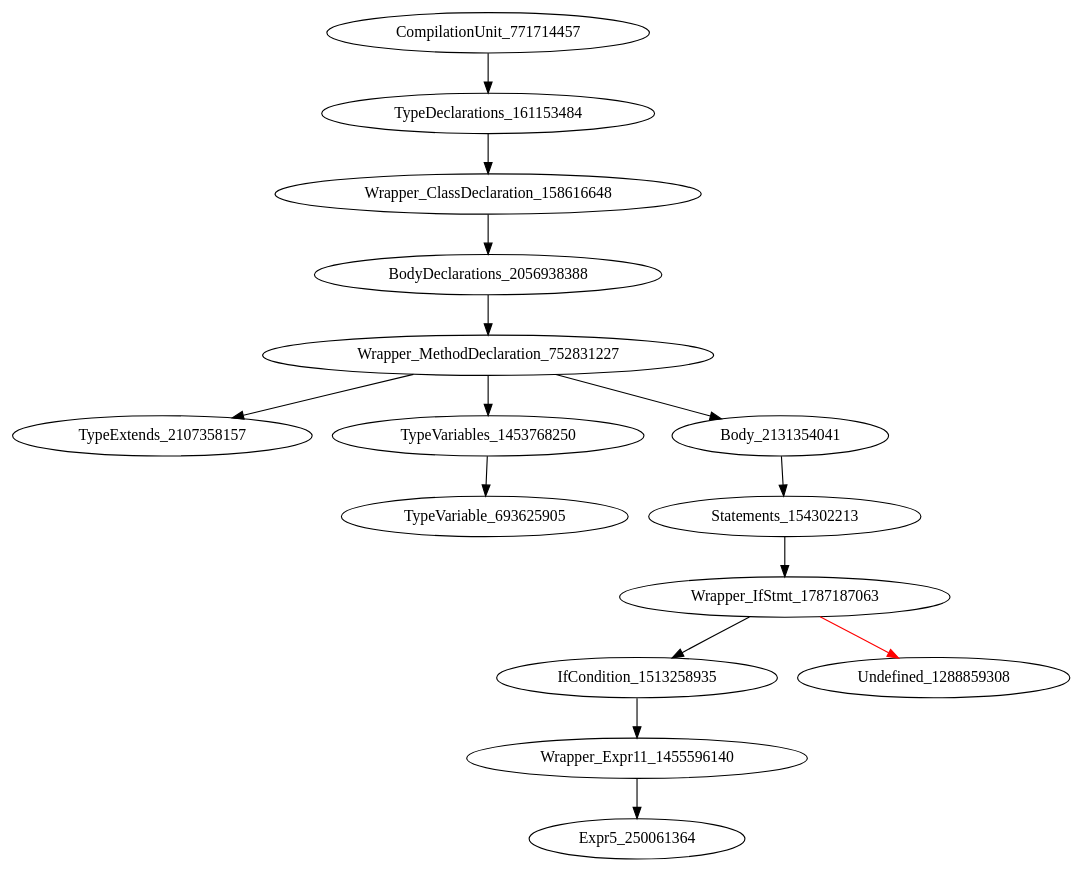
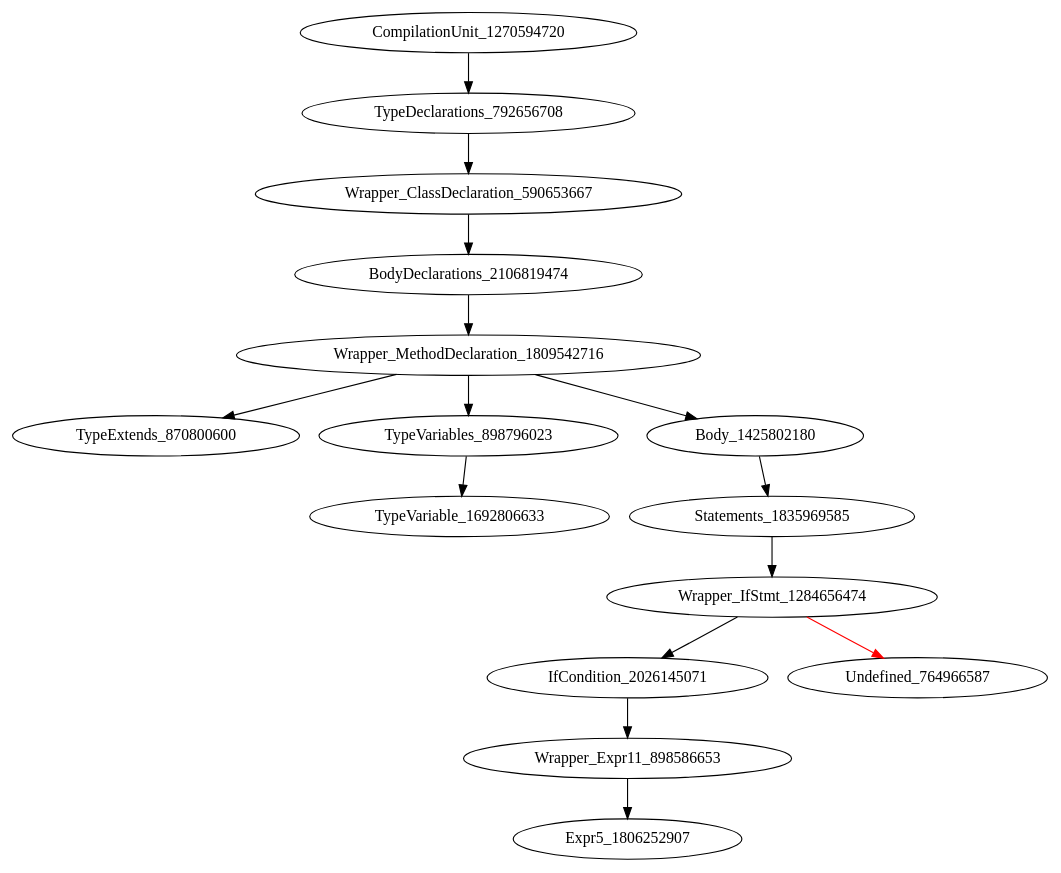
One commit to icse2023material/VoiceJava changed the diagram in holeAST.dot. Above: the diagram before and after it, drawn with Graphviz. The commit also changed 110 other files, not shown here.

```diff
--- a/holeAST.dot
+++ b/holeAST.dot
@@ -1,16 +1,16 @@
 digraph {
-CompilationUnit_771714457 -> TypeDeclarations_161153484
-TypeDeclarations_161153484 -> Wrapper_ClassDeclaration_158616648
-Wrapper_ClassDeclaration_158616648 -> BodyDeclarations_2056938388
-BodyDeclarations_2056938388 -> Wrapper_MethodDeclaration_752831227
-Wrapper_MethodDeclaration_752831227 -> TypeExtends_2107358157
-Wrapper_MethodDeclaration_752831227 -> TypeVariables_1453768250
-Wrapper_MethodDeclaration_752831227 -> Body_2131354041
-TypeVariables_1453768250 -> TypeVariable_693625905
-Body_2131354041 -> Statements_154302213
-Statements_154302213 -> Wrapper_IfStmt_1787187063
-Wrapper_IfStmt_1787187063 -> IfCondition_1513258935
-Wrapper_IfStmt_1787187063 -> Undefined_1288859308 [color = red] 
-IfCondition_1513258935 -> Wrapper_Expr11_1455596140
-Wrapper_Expr11_1455596140 -> Expr5_250061364
+CompilationUnit_1270594720 -> TypeDeclarations_792656708
+TypeDeclarations_792656708 -> Wrapper_ClassDeclaration_590653667
+Wrapper_ClassDeclaration_590653667 -> BodyDeclarations_2106819474
+BodyDeclarations_2106819474 -> Wrapper_MethodDeclaration_1809542716
+Wrapper_MethodDeclaration_1809542716 -> TypeExtends_870800600
+Wrapper_MethodDeclaration_1809542716 -> TypeVariables_898796023
+Wrapper_MethodDeclaration_1809542716 -> Body_1425802180
+TypeVariables_898796023 -> TypeVariable_1692806633
+Body_1425802180 -> Statements_1835969585
+Statements_1835969585 -> Wrapper_IfStmt_1284656474
+Wrapper_IfStmt_1284656474 -> IfCondition_2026145071
+Wrapper_IfStmt_1284656474 -> Undefined_764966587 [color = red] 
+IfCondition_2026145071 -> Wrapper_Expr11_898586653
+Wrapper_Expr11_898586653 -> Expr5_1806252907
 }
```
